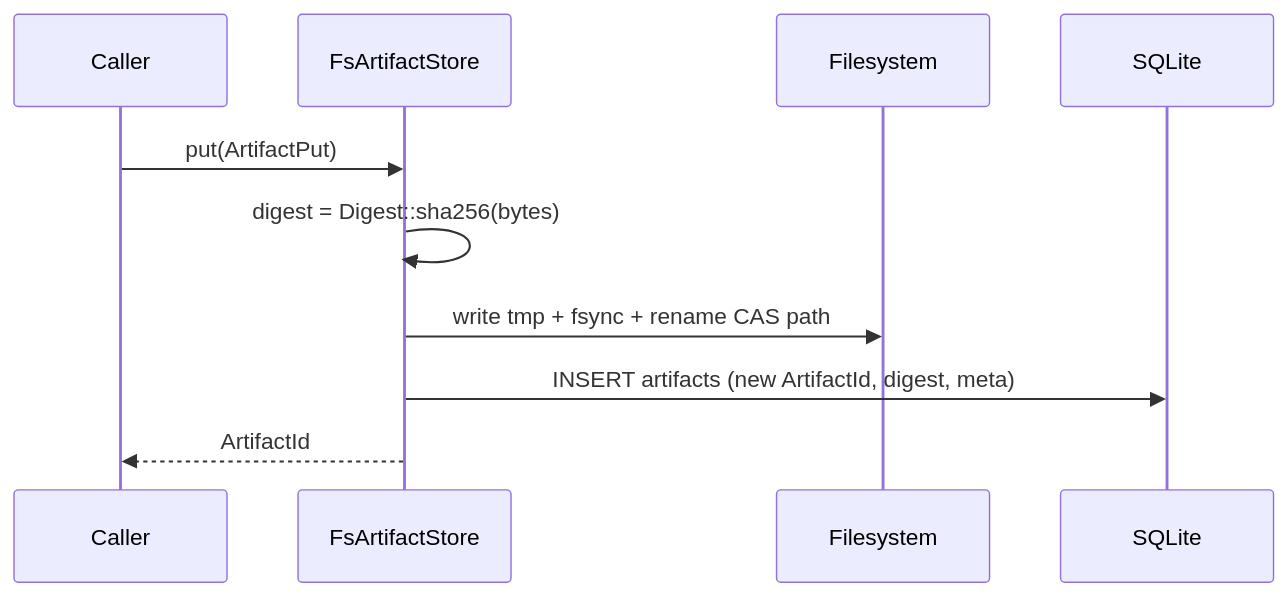
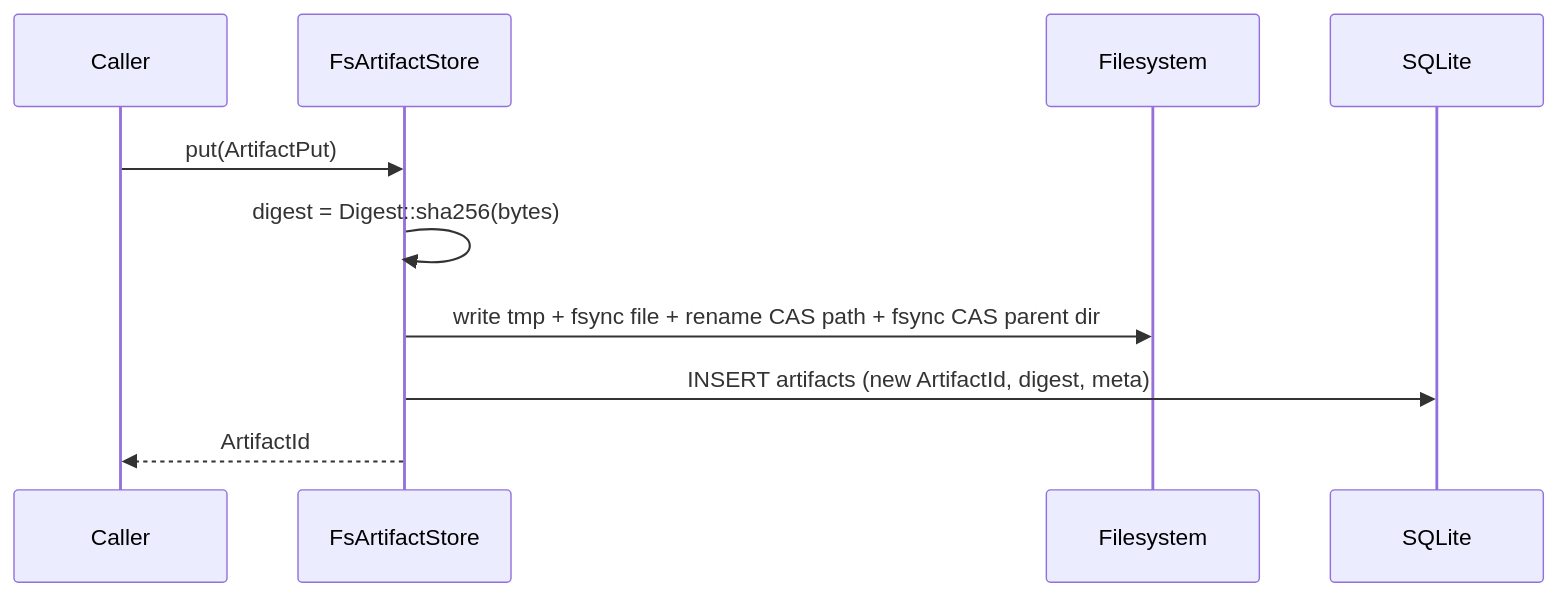
Before and after one commit to arkadianet/Alloy: the fifth of 5 diagrams in docs/rfcs/RFC-0002-storage-artifacts-session-events.md, drawn with Mermaid. The commit also changed other lines of this file and 2 other files, not shown here.

````diff
--- a/docs/rfcs/RFC-0002-storage-artifacts-session-events.md
+++ b/docs/rfcs/RFC-0002-storage-artifacts-session-events.md
@@ -782,13 +810,13 @@
 ```mermaid
 sequenceDiagram
   participant C as Caller
   participant A as FsArtifactStore
   participant FS as Filesystem
   participant DB as SQLite
 
   C->>A: put(ArtifactPut)
   A->>A: digest = Digest::sha256(bytes)
-  A->>FS: write tmp + fsync + rename CAS path
+  A->>FS: write tmp + fsync file + rename CAS path + fsync CAS parent dir
   A->>DB: INSERT artifacts (new ArtifactId, digest, meta)
   A-->>C: ArtifactId
 ```
````
